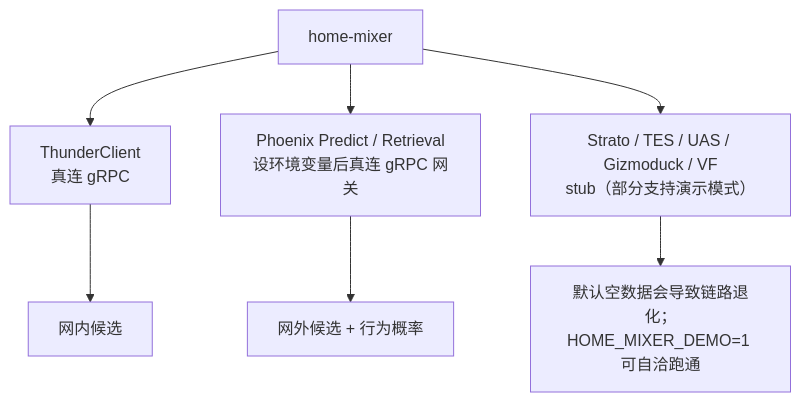
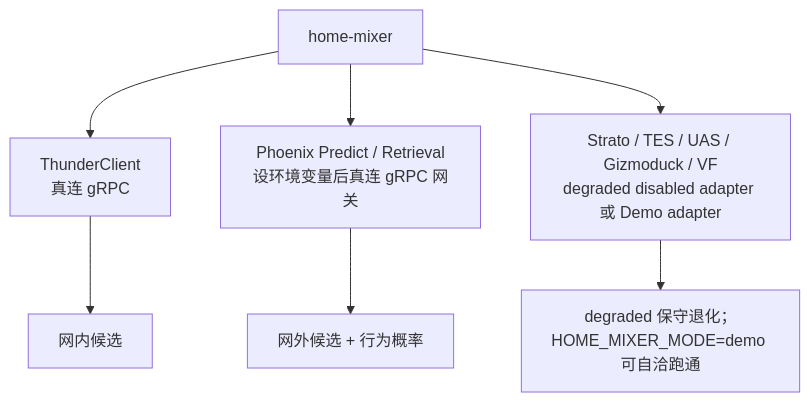
Before and after one commit to freefcw/x-algorithm: the third of 3 diagrams in docs/home-mixer/05-external-deps-and-contracts.md, drawn with Mermaid. The commit also changed other lines of this file and 24 other files, not shown here.

````diff
--- a/docs/home-mixer/05-external-deps-and-contracts.md
+++ b/docs/home-mixer/05-external-deps-and-contracts.md
@@ -151,9 +167,9 @@
 ```mermaid
 flowchart TD
     A["home-mixer"] --> B["ThunderClient<br/>真连 gRPC"]
     A --> P["Phoenix Predict / Retrieval<br/>设环境变量后真连 gRPC 网关"]
-    A --> C["Strato / TES / UAS / Gizmoduck / VF<br/>stub（部分支持演示模式）"]
+    A --> C["Strato / TES / UAS / Gizmoduck / VF<br/>degraded disabled adapter 或 Demo adapter"]
     B --> D["网内候选"]
     P --> E["网外候选 + 行为概率"]
-    C --> F["默认空数据会导致链路退化；<br/>HOME_MIXER_DEMO=1 可自洽跑通"]
+    C --> F["degraded 保守退化；<br/>HOME_MIXER_MODE=demo 可自洽跑通"]
 ```
````
